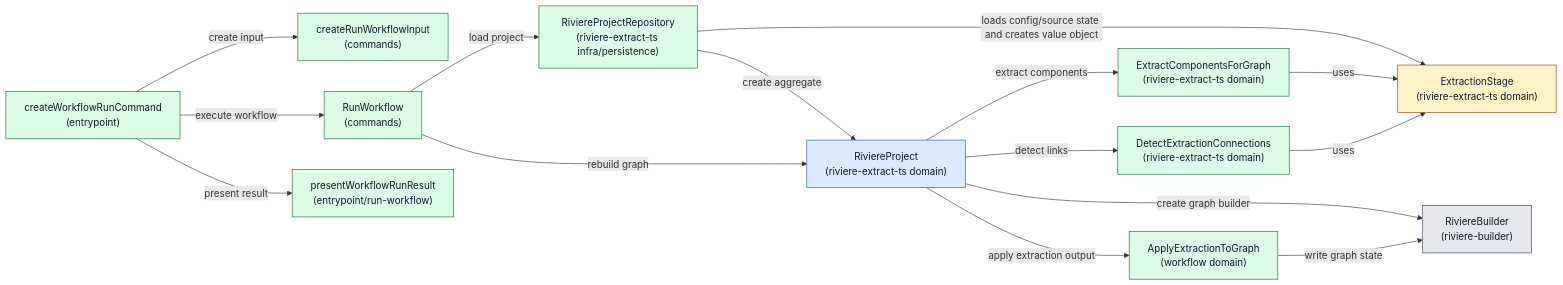
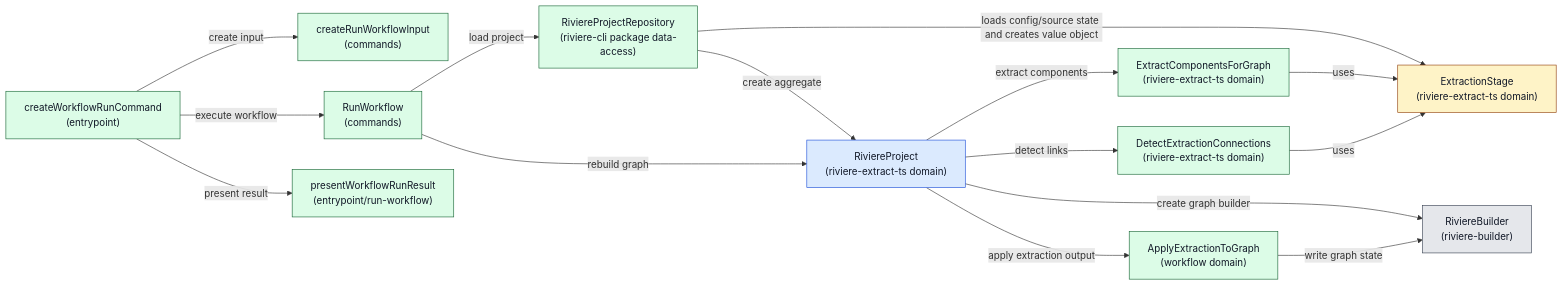
The second of 5 diagrams in docs/project/PRD/riviere-extraction-workflows-v1/ARCH.md (NTCoding/living-architecture), drawn with Mermaid before and after one commit. The commit also changed other lines of this file and 1554 other files, not shown here.

Commit message:
refactor: enforce declarative architecture locations (#441)

````diff
--- a/docs/project/PRD/riviere-extraction-workflows-v1/ARCH.md
+++ b/docs/project/PRD/riviere-extraction-workflows-v1/ARCH.md
@@ -206,46 +206,46 @@
 ```mermaid
 flowchart LR
   entrypoint["createWorkflowRunCommand<br/>(entrypoint)"]
   inputFactory["createRunWorkflowInput<br/>(commands)"]
   useCase["RunWorkflow<br/>(commands)"]
-  repository["RiviereProjectRepository<br/>(riviere-extract-ts infra/persistence)"]
+  repository["RiviereProjectRepository<br/>(riviere-cli package data-access)"]
   extractionStage["ExtractionStage<br/>(riviere-extract-ts domain)"]
   extractComponents["ExtractComponentsForGraph<br/>(riviere-extract-ts domain)"]
   detectConnections["DetectExtractionConnections<br/>(riviere-extract-ts domain)"]
   project["RiviereProject<br/>(riviere-extract-ts domain)"]
   builder["RiviereBuilder<br/>(riviere-builder)"]
   applyExtractionToGraph["ApplyExtractionToGraph<br/>(workflow domain)"]
   formatter["presentWorkflowRunResult<br/>(entrypoint/run-workflow)"]
 
   entrypoint -->|create input| inputFactory
   entrypoint -->|execute workflow| useCase
   useCase -->|load project| repository
   repository -->|loads config/source state and creates value object| extractionStage
   repository -->|create aggregate| project
   useCase -->|rebuild graph| project
   project -->|create graph builder| builder
   project -->|extract components| extractComponents
   project -->|detect links| detectConnections
   extractComponents -->|uses| extractionStage
   detectConnections -->|uses| extractionStage
   project -->|apply extraction output| applyExtractionToGraph
   applyExtractionToGraph -->|write graph state| builder
   entrypoint -->|present result| formatter
 
   classDef statusExisting fill:#e5e7eb,stroke:#374151,color:#111827
   classDef statusChanged fill:#fef3c7,stroke:#92400e,color:#111827
   classDef statusNew fill:#dcfce7,stroke:#166534,color:#111827
   classDef statusRequiresRoleChange fill:#dbeafe,stroke:#1d4ed8,color:#111827
   class entrypoint statusNew
   class inputFactory statusNew
   class useCase statusNew
   class repository statusNew
   class extractionStageMaterializer statusRequiresRoleChange
   class extractionStage statusChanged
   class extractComponents statusNew
   class detectConnections statusNew
   class project statusRequiresRoleChange
   class builder statusExisting
   class applyExtractionToGraph statusNew
   class formatter statusNew
 ```
````
